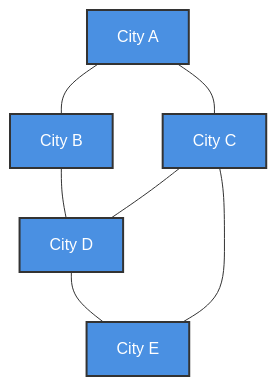
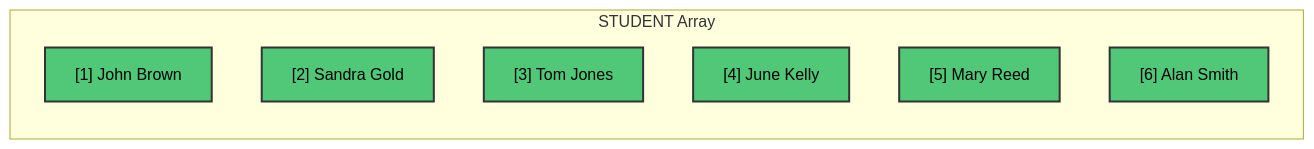
Before and after one commit to M-F-Tushar/CSE-2101-Data-Structure: the ninth of 29 diagrams in Chapter 1 - Introduction and Overview/README.md, drawn with Mermaid. The commit also changed other lines of this file, not shown here.

````diff
--- a/Chapter 1 - Introduction and Overview/README.md
+++ b/Chapter 1 - Introduction and Overview/README.md
@@ -534,15 +244,18 @@
 ```mermaid
-graph TD
-    A["City A"] --- B["City B"]
-    A --- C["City C"]
-    B --- D["City D"]
-    C --- D
-    C --- E["City E"]
-    D --- E
+graph LR
+    subgraph "STUDENT Array"
+        A["[1] John Brown"]
+        B["[2] Sandra Gold"]
+        C["[3] Tom Jones"]
+        D["[4] June Kelly"]
+        E["[5] Mary Reed"]
+        F["[6] Alan Smith"]
+    end
     
-    style A fill:#4A90E2,stroke:#333,stroke-width:2px,color:#fff
-    style B fill:#4A90E2,stroke:#333,stroke-width:2px,color:#fff
-    style C fill:#4A90E2,stroke:#333,stroke-width:2px,color:#fff
-    style D fill:#4A90E2,stroke:#333,stroke-width:2px,color:#fff
-    style E fill:#4A90E2,stroke:#333,stroke-width:2px,color:#fff
+    style A fill:#50C878,stroke:#333,stroke-width:2px,color:#000
+    style B fill:#50C878,stroke:#333,stroke-width:2px,color:#000
+    style C fill:#50C878,stroke:#333,stroke-width:2px,color:#000
+    style D fill:#50C878,stroke:#333,stroke-width:2px,color:#000
+    style E fill:#50C878,stroke:#333,stroke-width:2px,color:#000
+    style F fill:#50C878,stroke:#333,stroke-width:2px,color:#000
 ```
````
